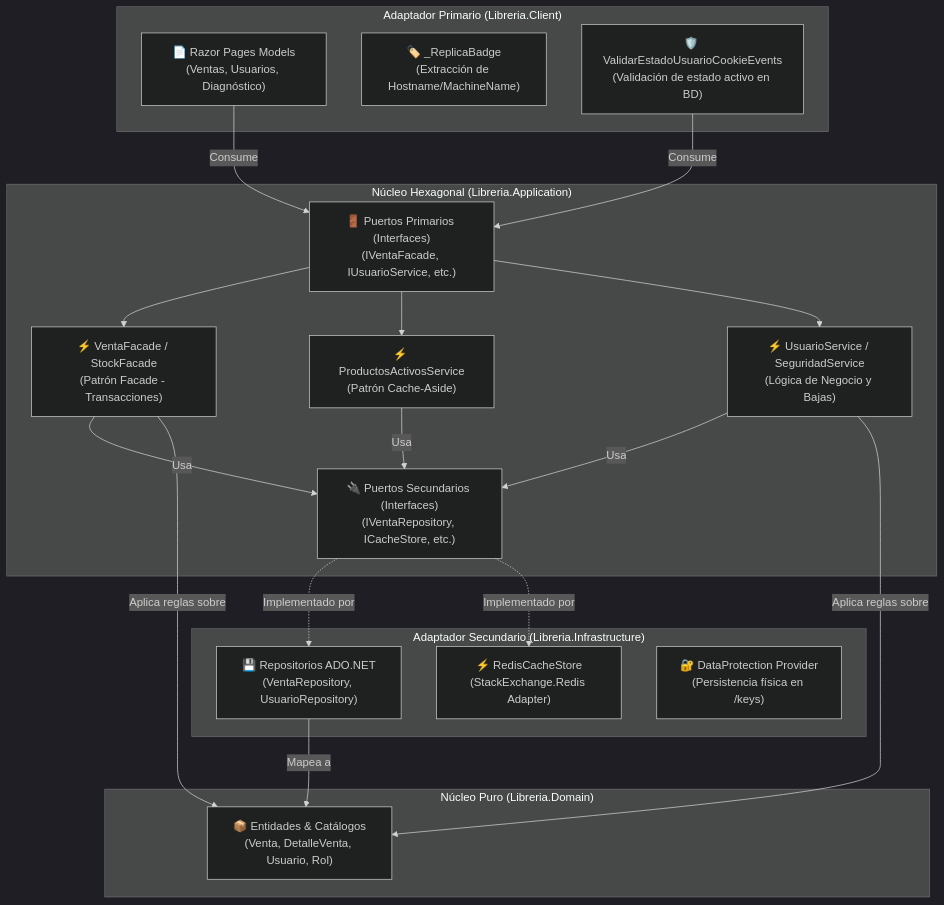
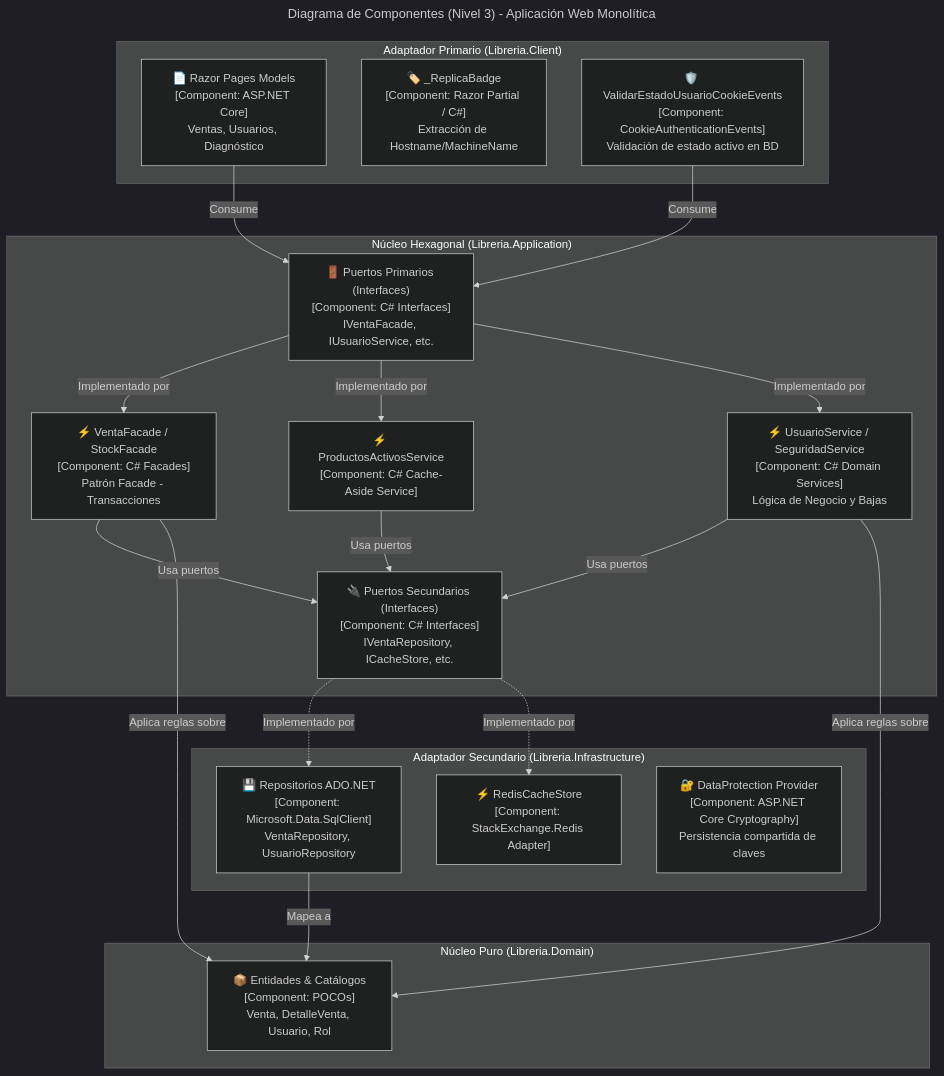
One commit to Lackio-EL-14/Proyecto_Libreria_arqsoft changed the third of 5 diagrams in docs/INFORME_TECNICO_2DO_ENTREGABLE.md. Above: the diagram before and after it, drawn with Mermaid (dark theme). The commit also changed other lines of this file, not shown here.

````diff
--- a/docs/INFORME_TECNICO_2DO_ENTREGABLE.md
+++ b/docs/INFORME_TECNICO_2DO_ENTREGABLE.md
@@ -189,43 +189,46 @@
 ```mermaid
+---
+title: Diagrama de Componentes (Nivel 3) - Aplicación Web Monolítica
+---
 graph TB
     subgraph ClientLayer["Adaptador Primario (Libreria.Client)"]
-        RazorPages["📄 Razor Pages Models<br>(Ventas, Usuarios, Diagnóstico)"]
-        ReplicaBadge["🏷️ _ReplicaBadge<br>(Extracción de Hostname/MachineName)"]
-        AuthEvents["🛡️ ValidarEstadoUsuarioCookieEvents<br>(Validación de estado activo en BD)"]
+        RazorPages["📄 Razor Pages Models<br>[Component: ASP.NET Core]<br>Ventas, Usuarios, Diagnóstico"]
+        ReplicaBadge["🏷️ _ReplicaBadge<br>[Component: Razor Partial / C#]<br>Extracción de Hostname/MachineName"]
+        AuthEvents["🛡️ ValidarEstadoUsuarioCookieEvents<br>[Component: CookieAuthenticationEvents]<br>Validación de estado activo en BD"]
     end
 
     subgraph ApplicationLayer["Núcleo Hexagonal (Libreria.Application)"]
-        VentaFacade["⚡ VentaFacade / StockFacade<br>(Patrón Facade - Transacciones)"]
-        ProdService["⚡ ProductosActivosService<br>(Patrón Cache-Aside)"]
-        UserService["⚡ UsuarioService / SeguridadService<br>(Lógica de Negocio y Bajas)"]
-        PrimaryPorts["🚪 Puertos Primarios (Interfaces)<br>(IVentaFacade, IUsuarioService, etc.)"]
-        SecondaryPorts["🔌 Puertos Secundarios (Interfaces)<br>(IVentaRepository, ICacheStore, etc.)"]
+        VentaFacade["⚡ VentaFacade / StockFacade<br>[Component: C# Facades]<br>Patrón Facade - Transacciones"]
+        ProdService["⚡ ProductosActivosService<br>[Component: C# Cache-Aside Service]"]
+        UserService["⚡ UsuarioService / SeguridadService<br>[Component: C# Domain Services]<br>Lógica de Negocio y Bajas"]
+        PrimaryPorts["🚪 Puertos Primarios (Interfaces)<br>[Component: C# Interfaces]<br>IVentaFacade, IUsuarioService, etc."]
+        SecondaryPorts["🔌 Puertos Secundarios (Interfaces)<br>[Component: C# Interfaces]<br>IVentaRepository, ICacheStore, etc."]
     end
 
     subgraph InfraLayer["Adaptador Secundario (Libreria.Infrastructure)"]
-        SqlRepos["💾 Repositorios ADO.NET<br>(VentaRepository, UsuarioRepository)"]
-        RedisStore["⚡ RedisCacheStore<br>(StackExchange.Redis Adapter)"]
-        DataProtectionCfg["🔐 DataProtection Provider<br>(Persistencia física en /keys)"]
+        SqlRepos["💾 Repositorios ADO.NET<br>[Component: Microsoft.Data.SqlClient]<br>VentaRepository, UsuarioRepository"]
+        RedisStore["⚡ RedisCacheStore<br>[Component: StackExchange.Redis Adapter]"]
+        DataProtectionCfg["🔐 DataProtection Provider<br>[Component: ASP.NET Core Cryptography]<br>Persistencia compartida de claves"]
     end
 
     subgraph DomainLayer["Núcleo Puro (Libreria.Domain)"]
-        Entities["📦 Entidades & Catálogos<br>(Venta, DetalleVenta, Usuario, Rol)"]
+        Entities["📦 Entidades & Catálogos<br>[Component: POCOs]<br>Venta, DetalleVenta, Usuario, Rol"]
     end
 
     RazorPages -->|"Consume"| PrimaryPorts
     AuthEvents -->|"Consume"| PrimaryPorts
-    PrimaryPorts --> VentaFacade
-    PrimaryPorts --> ProdService
-    PrimaryPorts --> UserService
+    PrimaryPorts -->|"Implementado por"| VentaFacade
+    PrimaryPorts -->|"Implementado por"| ProdService
+    PrimaryPorts -->|"Implementado por"| UserService
 
-    VentaFacade -->|"Usa"| SecondaryPorts
-    ProdService -->|"Usa"| SecondaryPorts
-    UserService -->|"Usa"| SecondaryPorts
+    VentaFacade -->|"Usa puertos"| SecondaryPorts
+    ProdService -->|"Usa puertos"| SecondaryPorts
+    UserService -->|"Usa puertos"| SecondaryPorts
 
     SecondaryPorts -.->|"Implementado por"| SqlRepos
     SecondaryPorts -.->|"Implementado por"| RedisStore
 
     SqlRepos -->|"Mapea a"| Entities
     VentaFacade -->|"Aplica reglas sobre"| Entities
     UserService -->|"Aplica reglas sobre"| Entities
 ```
````
